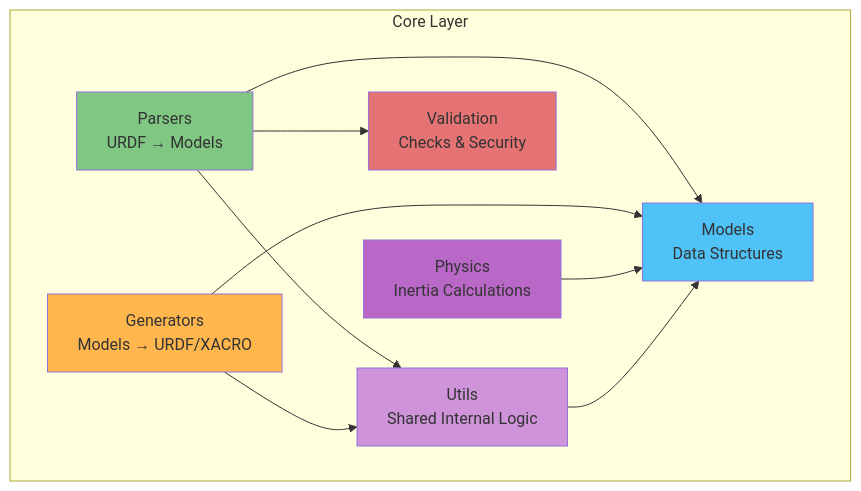
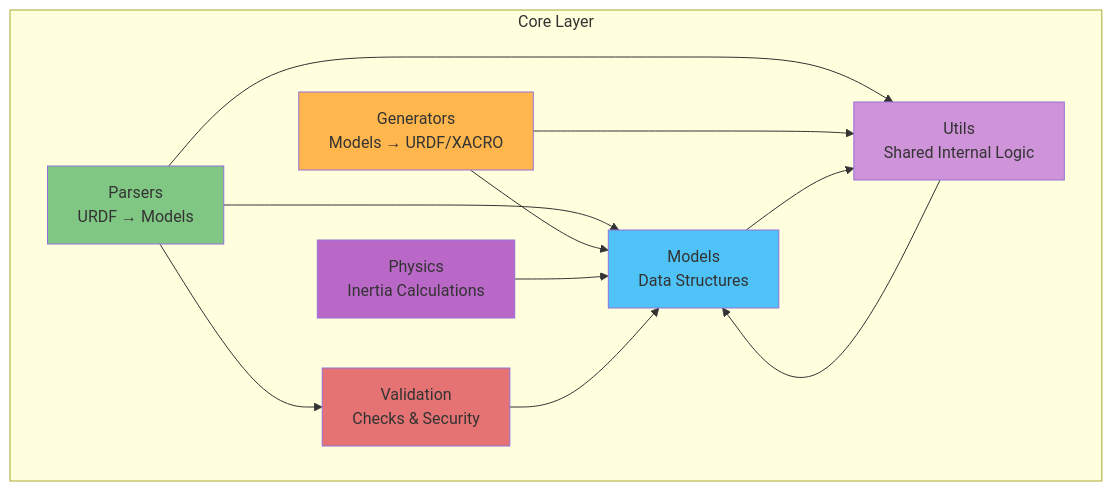
One commit to arounamounchili/linkforge changed the second of 7 diagrams in ARCHITECTURE.md. Above: the diagram before and after it, drawn with Mermaid.

Commit message:
docs: final refinements to Core Layer dependency diagram

````diff
--- a/ARCHITECTURE.md
+++ b/ARCHITECTURE.md
@@ -72,26 +72,28 @@
 ```mermaid
 graph TB
     subgraph "Core Layer"
         Models[Models<br/>Data Structures]
         Parsers[Parsers<br/>URDF → Models]
         Generators[Generators<br/>Models → URDF/XACRO]
         Physics[Physics<br/>Inertia Calculations]
         Validation[Validation<br/>Checks & Security]
         Utils[Utils<br/>Shared Internal Logic]
     end
 
     Parsers --> Models
     Parsers --> Utils
     Parsers --> Validation
     Generators --> Models
     Generators --> Utils
     Physics --> Models
+    Validation --> Models
+    Models --> Utils
     Utils --> Models
 
     style Models fill:#4fc3f7
     style Parsers fill:#81c784
     style Generators fill:#ffb74d
     style Physics fill:#ba68c8
     style Validation fill:#e57373
     style Utils fill:#ce93d8
 ```
````
